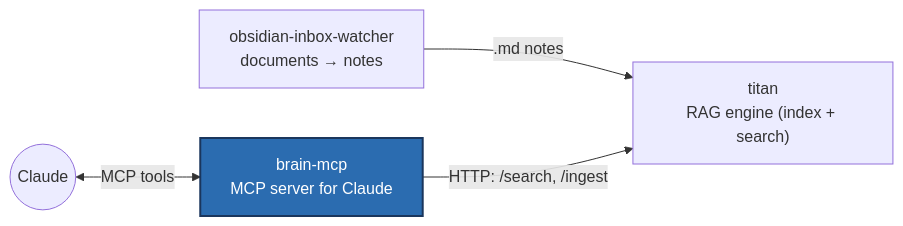
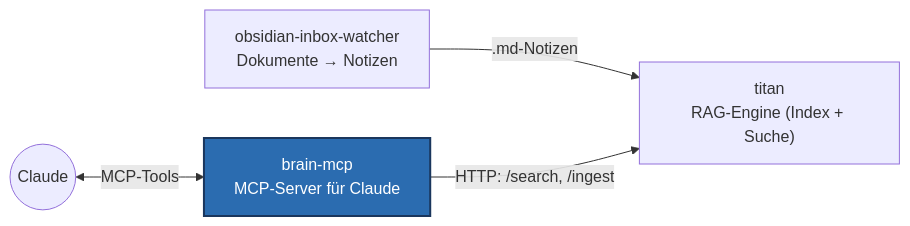
One commit to charlieLucke/brain-mcp changed the diagram in README.md. Above: the diagram before and after it, drawn with Mermaid. The commit also changed other lines of this file and 19 other files, not shown here.

````diff
--- a/README.md
+++ b/README.md
@@ -14,12 +15,12 @@
 ```mermaid
 flowchart LR
-    OIW["obsidian-inbox-watcher<br/>documents → notes"]
-    T["titan<br/>RAG engine (index + search)"]
-    BM["brain-mcp<br/>MCP server for Claude"]
+    OIW["obsidian-inbox-watcher<br/>Dokumente → Notizen"]
+    T["titan<br/>RAG-Engine (Index + Suche)"]
+    BM["brain-mcp<br/>MCP-Server für Claude"]
     C(("Claude"))
-    OIW -->|".md notes"| T
+    OIW -->|".md-Notizen"| T
     BM -->|"HTTP: /search, /ingest"| T
-    C <-->|"MCP tools"| BM
+    C <-->|"MCP-Tools"| BM
     classDef here fill:#2b6cb0,stroke:#1a365d,color:#fff,stroke-width:2px;
     class BM here
 ```
````
